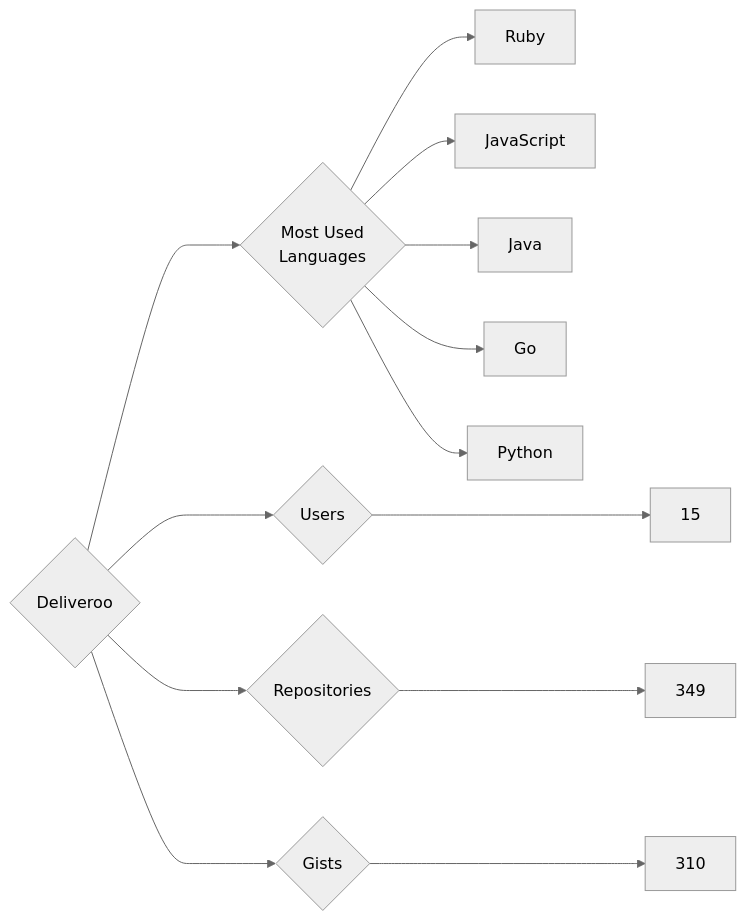
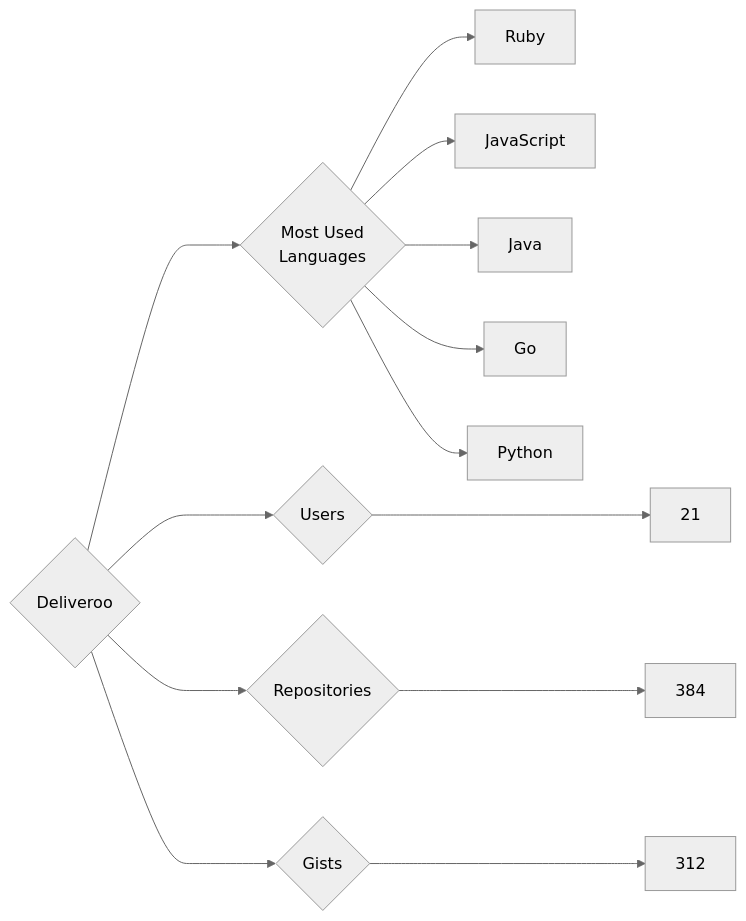
One commit to trickest/insiders changed the diagram in targets/Deliveroo/README.md. Above: the diagram before and after it, drawn with Mermaid (neutral theme). The commit also changed 1314 other files, not shown here.

````diff
--- a/targets/Deliveroo/README.md
+++ b/targets/Deliveroo/README.md
@@ -3,13 +3,13 @@
 ```mermaid
 graph LR
 COMPANY_NAME{Deliveroo}
-COMPANY_NAME ---> U{Users} ---> UN[15]
-COMPANY_NAME ---> R{Repositories} ---> RN[349]
-COMPANY_NAME ---> G{Gists} ---> GN[310]
+COMPANY_NAME ---> U{Users} ---> UN[21]
+COMPANY_NAME ---> R{Repositories} ---> RN[384]
+COMPANY_NAME ---> G{Gists} ---> GN[312]
 COMPANY_NAME ---> ML{Most Used<br>Languages}
 ML --> Ruby[Ruby]
 ML --> JavaScript[JavaScript]
 ML --> Java[Java]
 ML --> Go[Go]
 ML --> Python[Python]
 ```
````
